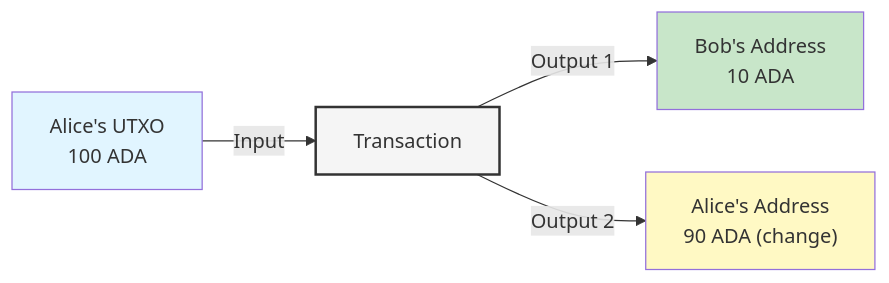
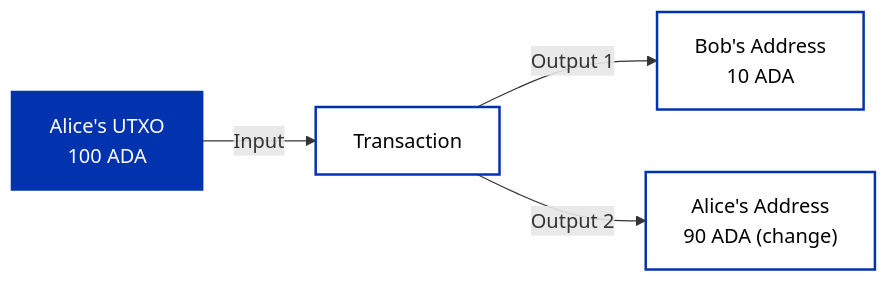
One commit to cardano-foundation/developer-portal changed the first of 2 diagrams in docs/get-started/technical-concepts/eutxo.md. Above: the diagram before and after it, drawn with Mermaid. The commit also changed other lines of this file and 14 other files, not shown here.

Commit message:
cardano unified color scheme for mermaid diagrams

````diff
--- a/docs/get-started/technical-concepts/eutxo.md
+++ b/docs/get-started/technical-concepts/eutxo.md
@@ -43,11 +43,11 @@
 ```mermaid
 graph LR
     A["Alice's UTXO<br/>100 ADA"] -->|Input| TX[Transaction]
     TX -->|Output 1| B["Bob's Address<br/>10 ADA"]
     TX -->|Output 2| C["Alice's Address<br/>90 ADA (change)"]
 
-    style A fill:#e1f5ff
-    style B fill:#c8e6c9
-    style C fill:#fff9c4
-    style TX fill:#f5f5f5,stroke:#333,stroke-width:2px
+    style A fill:#0033AD,stroke:#0033AD,stroke-width:2px,color:#FFFFFF
+    style B fill:#FFFFFF,stroke:#0033AD,stroke-width:2px,color:#000000
+    style C fill:#FFFFFF,stroke:#0033AD,stroke-width:2px,color:#000000
+    style TX fill:#FFFFFF,stroke:#0033AD,stroke-width:2px,color:#000000
 ```
````
